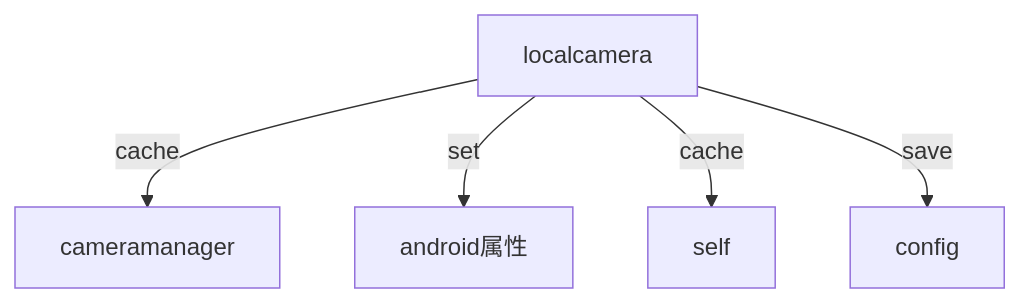
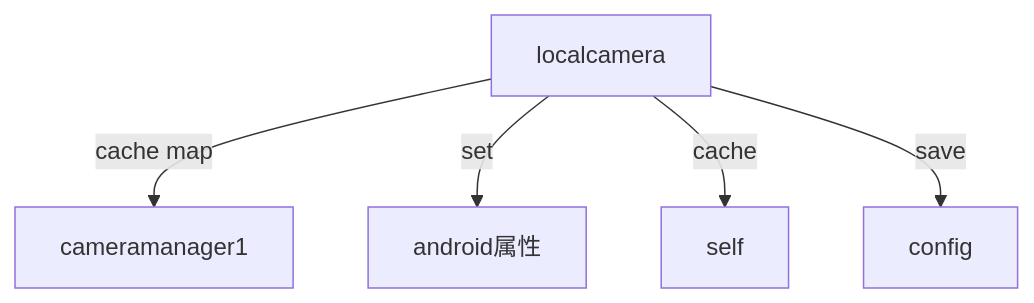
The second of 3 diagrams in workfile/camera设计.md (lml123-1/myCppStudyFile), drawn with Mermaid before and after one commit. The commit also changed other lines of this file and 2 other files, not shown here.

````diff
--- a/workfile/camera设计.md
+++ b/workfile/camera设计.md
@@ -135,7 +166,7 @@
 ```mermaid
 graph TD;
-  localcamera -- cache --> cameramanager
+  localcamera -- cache map --> cameramanager1
   localcamera -- set --> android属性
   localcamera -- cache --> self
   localcamera -- save --> config
 ```
````
